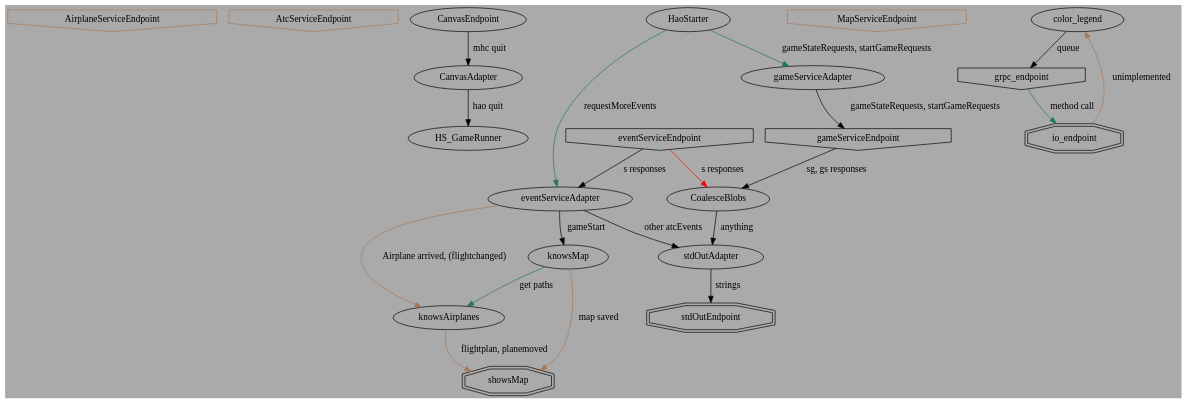
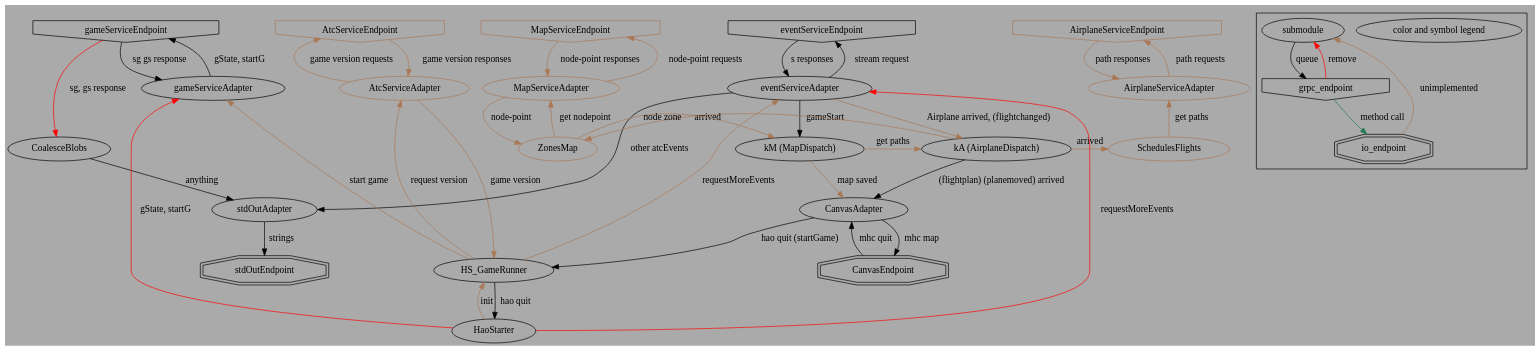
One commit to Nzen/hircine-anise-okkoz changed the diagram in docs/modules/queues.dot. Above: the diagram before and after it, drawn with Graphviz. The commit also changed 1 other file, not shown here.

```diff
--- a/docs/modules/queues.dot
+++ b/docs/modules/queues.dot
@@ -1,67 +1,124 @@
 
 digraph bey1800_stoptracking_pageflow
 {
 
 /*
 */
 	bgcolor = "#AAAAAA"
 
-	AirplaneServiceEndpoint [ shape = invhouse color = "#AA7755" ]; # for updating flight plans
-	AtcServiceEndpoint [ shape = invhouse color = "#AA7755" ]; # for game version
-	CanvasAdapter;
-	CanvasEndpoint;
-	CoalesceBlobs;
-	# eventDuplicator [ color = "#AA7755" ];
-	eventServiceAdapter;
-	eventServiceEndpoint [ shape = invhouse ];
-	gameServiceAdapter;
-	gameServiceEndpoint [ shape = invhouse ];
+	{
+		rank = same;
+		AtcServiceEndpoint [ shape = invhouse color = "#AA7755" ]; # for game version
+		AirplaneServiceEndpoint [ shape = invhouse color = "#AA7755" ]; # for updating flight plans
+		MapServiceEndpoint [ shape = invhouse color = "#AA7755" ]; # for node to point conversion
+		eventServiceEndpoint [ shape = invhouse ];
+		gameServiceEndpoint [ shape = invhouse ];
+	}
+
+	{
+		rank = same;
+		stdOutEndpoint [ shape = doubleoctagon ];
+		CanvasEndpoint [ shape = doubleoctagon ];
+	}
+
+	{
+		rank = same;
+		AirplaneServiceAdapter [ color = "#AA7755" ];
+		AtcServiceAdapter [ color = "#AA7755" ];
+		eventServiceAdapter;
+		gameServiceAdapter;
+		MapServiceAdapter [ color = "#AA7755" ];
+	}
+
+	{
+		rank = same;
+		CanvasAdapter;
+		stdOutAdapter;
+	}
+
+	{
+		rank = same;
+		CoalesceBlobs;
+		knowsAirplanes [ label = "kA (AirplaneDispatch)" ];
+		knowsMap [ label = "kM (MapDispatch)" ];
+		SchedulesFlights [ color = "#AA7755" ];
+		ZonesMap [ color = "#AA7755" ];
+	}
+
 	HaoStarter;
 	HS_GameRunner;
-	knowsAirplanes;
-	knowsMap;
-	MapServiceEndpoint [ shape = invhouse color = "#AA7755" ]; # for node to point conversion
-	stdOutAdapter;
-	stdOutEndpoint [ shape = doubleoctagon ];
-	showsMap [ shape = doubleoctagon ];
-	color_legend;
-	grpc_endpoint [ shape = invhouse ];
-	io_endpoint [ shape = doubleoctagon ];
 
 	# [ label = "" ];
+
+	AirplaneServiceAdapter -> AirplaneServiceEndpoint [ label = "path requests" color = "#AA7755" ];
+
+	AirplaneServiceEndpoint -> AirplaneServiceAdapter [ label = "path responses" color = "#AA7755" ];
+
+	AtcServiceAdapter -> AtcServiceEndpoint [ label = "game version requests" color = "#AA7755" ];
+	AtcServiceAdapter -> HS_GameRunner [ label = "game version" color = "#AA7755" ];
+
+	AtcServiceEndpoint -> AtcServiceAdapter [ label = "game version responses" color = "#AA7755" ];
 
 	CoalesceBlobs -> stdOutAdapter [ label = "anything" ];
 
 	CanvasEndpoint -> CanvasAdapter [ label = "mhc quit" ];
 
-	CanvasAdapter -> HS_GameRunner [ label = "hao quit" ];
+	CanvasAdapter -> CanvasEndpoint [ label = "mhc map" ];
+	CanvasAdapter -> HS_GameRunner [ label = "hao quit (startGame)" ];
 
-	HaoStarter -> eventServiceAdapter [ label = "requestMoreEvents" color = "#227755" ]; # while I'd prefer a queue message, those are proprietary. maybe have a separate queue for 'requests events' that accepts a haoevent and inserts a atc/grpc request in the adapter-endpoint queue
-	HaoStarter -> gameServiceAdapter [ label = "gameStateRequests, startGameRequests" color = "#227755" ];
-
-	gameServiceAdapter -> gameServiceEndpoint [ label = "gameStateRequests, startGameRequests" ];
-
-	gameServiceEndpoint -> CoalesceBlobs [ label = "sg, gs responses" ];
-
-	eventServiceEndpoint -> eventServiceAdapter [ label = "s responses" ];
-	eventServiceEndpoint -> CoalesceBlobs [ label = "s responses" color = "red" ]; # sever this, it is a duplicate and may starve the esadapter
-
+	eventServiceAdapter -> eventServiceEndpoint [ label = "stream request" ];
 	eventServiceAdapter -> knowsMap [ label = "gameStart" ];
 	eventServiceAdapter -> stdOutAdapter [ label = "other atcEvents" ];
 	eventServiceAdapter -> knowsAirplanes [ label = "Airplane arrived, (flightchanged)" color = "#AA7755" ];
 
-	knowsAirplanes -> showsMap [ label = "flightplan, planemoved" color = "#AA7755" ];
+	eventServiceEndpoint -> eventServiceAdapter [ label = "s responses" ];
 
-	knowsMap -> showsMap [ label = "map saved" color = "#AA7755" ];
-	knowsMap -> knowsAirplanes [ label = "get paths" color = "#227755" ];
+	HaoStarter -> eventServiceAdapter [ label = "requestMoreEvents" color = "red" ];
+	HaoStarter -> gameServiceAdapter [ label = "gState, startG" color = "red" ];
+	HaoStarter -> HS_GameRunner [ label = "init" color = "#AA7755" ];
+
+	HS_GameRunner -> AtcServiceAdapter [ label = "request version" color = "#AA7755" ];
+	HS_GameRunner -> gameServiceAdapter [ label = "start game" color = "#AA7755" ];
+	HS_GameRunner -> HaoStarter [ label = "hao quit" ];
+	HS_GameRunner -> eventServiceAdapter [ label = "requestMoreEvents" color = "#AA7755" ];
+
+	gameServiceAdapter -> gameServiceEndpoint [ label = "gState, startG" ];
+
+	gameServiceEndpoint -> CoalesceBlobs [ label = "sg, gs response" color = "red" ];
+	gameServiceEndpoint -> gameServiceAdapter [ label = "sg gs response" ];
+
+	knowsAirplanes -> CanvasAdapter [ label = "(flightplan) (planemoved) arrived" ];
+	knowsAirplanes -> SchedulesFlights [ label = "arrived" color = "#AA7755" ];
+	knowsAirplanes -> ZonesMap [ label = "arrived" color = "#AA7755" ];
+
+	knowsMap -> CanvasAdapter [ label = "map saved" color = "#AA7755" ];
+	knowsMap -> knowsAirplanes [ label = "get paths" color = "#AA7755" ];
+
+	MapServiceAdapter -> MapServiceEndpoint [ label = "node-point requests" color = "#AA7755" ];
+	MapServiceAdapter -> ZonesMap [ label = "node-point" color = "#AA7755" ];
+
+	MapServiceEndpoint -> MapServiceAdapter [ label = "node-point responses" color = "#AA7755" ];
+
+	SchedulesFlights -> AirplaneServiceAdapter [ label = "get paths" color = "#AA7755" ];
 
 	stdOutAdapter -> stdOutEndpoint [ label = "strings" ];
 
-	color_legend -> grpc_endpoint [ label = "queue" ];
-
-	grpc_endpoint -> io_endpoint [ label = "method call" color = "#227755" ];
-
-	io_endpoint -> color_legend [ label = "unimplemented" color = "#AA7755" ];
+	ZonesMap -> MapServiceAdapter [ label = "get nodepoint" color = "#AA7755" ];
+	ZonesMap -> knowsMap [ label = "node zone" color = "#AA7755" ];
 
 	# ->  [ label = "" ];
+
+	subgraph cluster0 {
+		color_legend [ label = "color and symbol legend" ];
+		submodule;
+		grpc_endpoint [ shape = invhouse ];
+		io_endpoint [ shape = doubleoctagon ];
+
+		submodule -> grpc_endpoint [ label = "queue" ];
+
+		grpc_endpoint -> io_endpoint [ label = "method call" color = "#227755" ];
+		grpc_endpoint -> submodule [ label = "remove" color = "red" ];
+
+		io_endpoint -> submodule [ label = "unimplemented" color = "#AA7755" ];
+	}
 }
```
